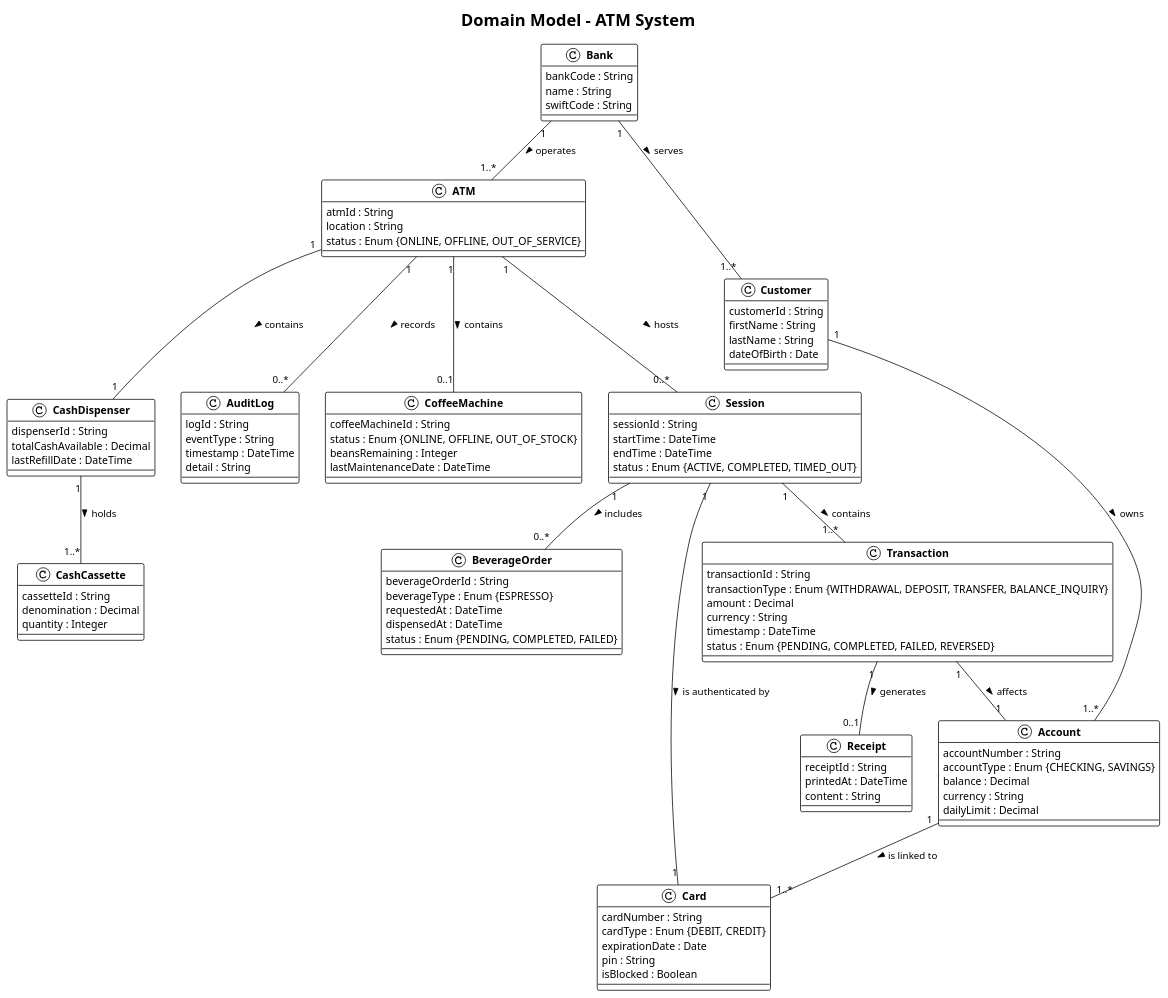
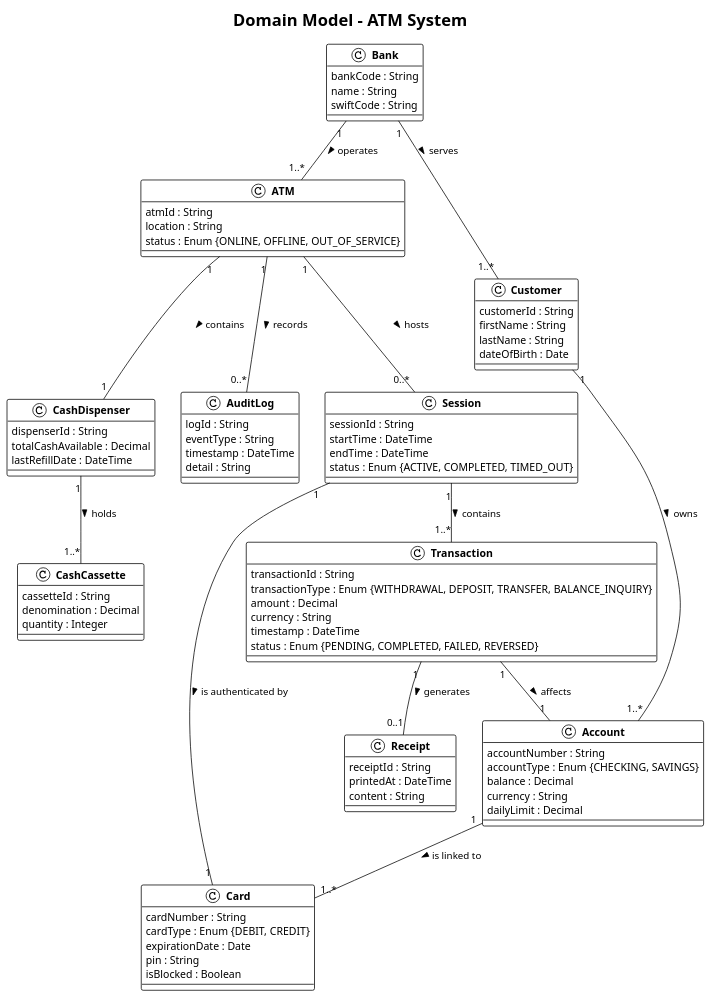
One commit to marcelRonner/jarvis changed the diagram in docs/domain_model/domainModel.puml. Above: the diagram before and after it, drawn with PlantUML. The commit also changed 48 other files, not shown here.

```diff
--- a/docs/domain_model/domainModel.puml
+++ b/docs/domain_model/domainModel.puml
@@ -1,115 +1,98 @@
-@startuml DomainModel
+@startuml domainModel
 !theme plain
 skinparam classAttributeIconSize 0
 skinparam classFontStyle bold
 
 title Domain Model – ATM System
 
 class Bank {
   bankCode : String
   name : String
   swiftCode : String
 }
 
 class ATM {
   atmId : String
   location : String
   status : Enum {ONLINE, OFFLINE, OUT_OF_SERVICE}
 }
 
 class Customer {
   customerId : String
   firstName : String
   lastName : String
   dateOfBirth : Date
 }
 
 class Account {
   accountNumber : String
   accountType : Enum {CHECKING, SAVINGS}
   balance : Decimal
   currency : String
   dailyLimit : Decimal
 }
 
 class Card {
   cardNumber : String
   cardType : Enum {DEBIT, CREDIT}
   expirationDate : Date
   pin : String
   isBlocked : Boolean
 }
 
 class Session {
   sessionId : String
   startTime : DateTime
   endTime : DateTime
   status : Enum {ACTIVE, COMPLETED, TIMED_OUT}
 }
 
 class Transaction {
   transactionId : String
   transactionType : Enum {WITHDRAWAL, DEPOSIT, TRANSFER, BALANCE_INQUIRY}
   amount : Decimal
   currency : String
   timestamp : DateTime
   status : Enum {PENDING, COMPLETED, FAILED, REVERSED}
 }
 
 class Receipt {
   receiptId : String
   printedAt : DateTime
   content : String
 }
 
 class CashDispenser {
   dispenserId : String
   totalCashAvailable : Decimal
   lastRefillDate : DateTime
 }
 
 class CashCassette {
   cassetteId : String
   denomination : Decimal
   quantity : Integer
 }
 
 class AuditLog {
   logId : String
   eventType : String
   timestamp : DateTime
   detail : String
 }
 
-class CoffeeMachine {
-  coffeeMachineId : String
-  status : Enum {ONLINE, OFFLINE, OUT_OF_STOCK}
-  beansRemaining : Integer
-  lastMaintenanceDate : DateTime
-}
-
-class BeverageOrder {
-  beverageOrderId : String
-  beverageType : Enum {ESPRESSO}
-  requestedAt : DateTime
-  dispensedAt : DateTime
-  status : Enum {PENDING, COMPLETED, FAILED}
-}
-
 ' Relationships
 Bank "1" -- "1..*" ATM : operates >
 Bank "1" -- "1..*" Customer : serves >
 Customer "1" -- "1..*" Account : owns >
 Account "1" -- "1..*" Card : is linked to >
 ATM "1" -- "0..*" Session : hosts >
 Session "1" -- "1" Card : is authenticated by >
 Session "1" -- "1..*" Transaction : contains >
 Transaction "1" -- "0..1" Receipt : generates >
 ATM "1" -- "1" CashDispenser : contains >
 CashDispenser "1" -- "1..*" CashCassette : holds >
 ATM "1" -- "0..*" AuditLog : records >
 Transaction "1" -- "1" Account : affects >
-ATM "1" -- "0..1" CoffeeMachine : contains >
-Session "1" -- "0..*" BeverageOrder : includes >
 
 @enduml
```
